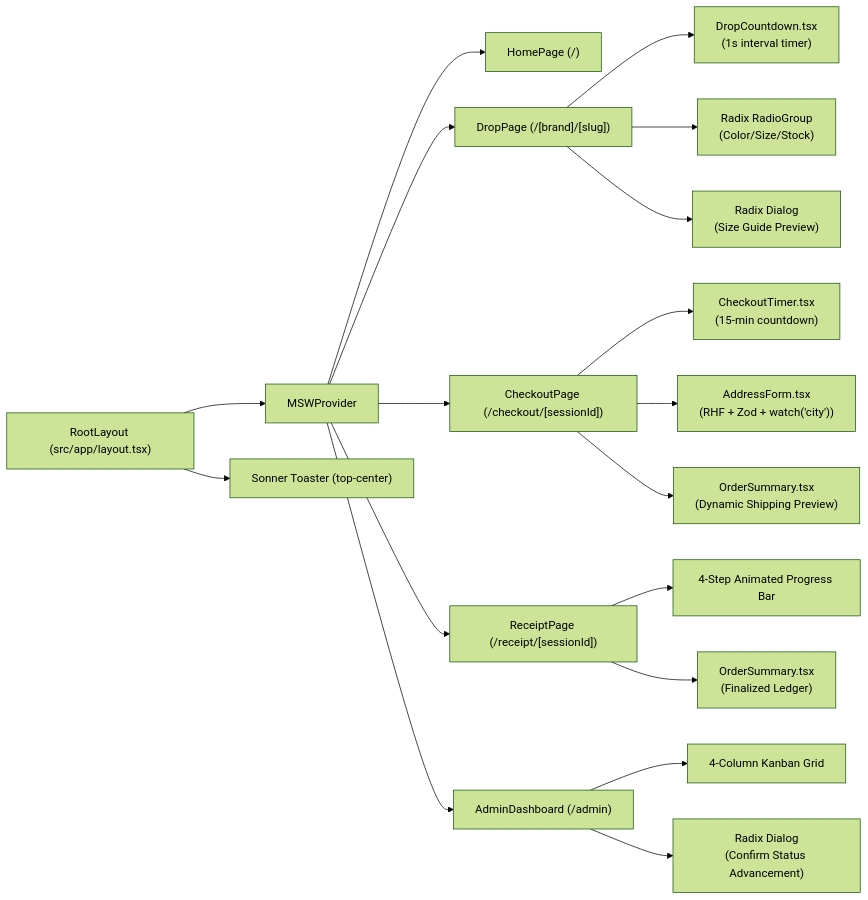
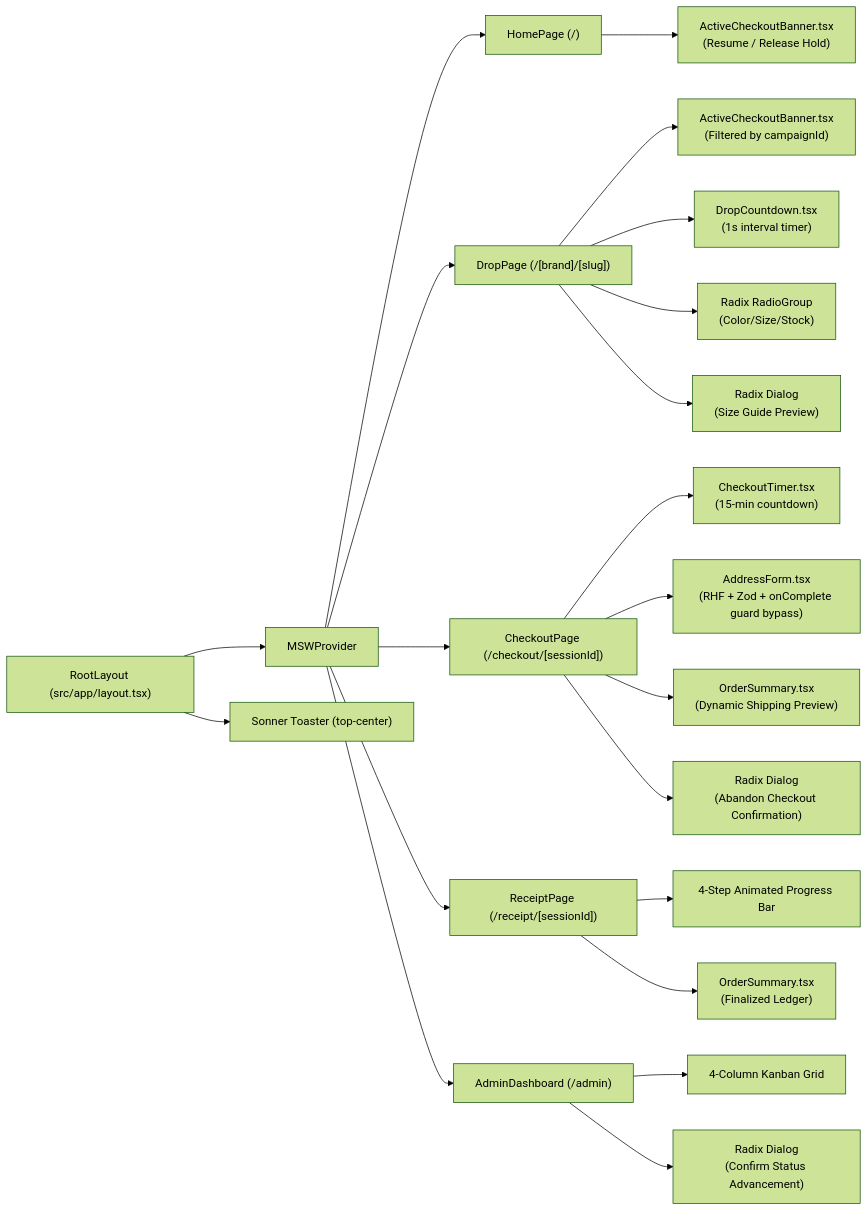
One commit to mickoSugianto/launchqueue changed the second of 10 diagrams in SYSTEM_DESIGN.md. Above: the diagram before and after it, drawn with Mermaid (forest theme). The commit also changed other lines of this file and 27 other files, not shown here.

First line of the commit message:
feat: add checkout abandonment flow, MSW recovery, and receipt cache sync

````diff
--- a/SYSTEM_DESIGN.md
+++ b/SYSTEM_DESIGN.md
@@ -95,25 +98,28 @@
 ```mermaid
 flowchart LR
     RootLayout["RootLayout (src/app/layout.tsx)"] --> MSWProvider["MSWProvider"]
     RootLayout --> Toaster["Sonner Toaster (top-center)"]
 
     MSWProvider --> HomePage["HomePage (/)"]
     MSWProvider --> DropPage["DropPage (/[brand]/[slug])"]
     MSWProvider --> CheckoutPage["CheckoutPage (/checkout/[sessionId])"]
     MSWProvider --> ReceiptPage["ReceiptPage (/receipt/[sessionId])"]
     MSWProvider --> AdminDashboard["AdminDashboard (/admin)"]
 
+    HomePage --> ActiveBanner1["ActiveCheckoutBanner.tsx<br/>(Resume / Release Hold)"]
+    DropPage --> ActiveBanner2["ActiveCheckoutBanner.tsx<br/>(Filtered by campaignId)"]
     DropPage --> DropCountdown["DropCountdown.tsx<br/>(1s interval timer)"]
     DropPage --> VariantRadio["Radix RadioGroup<br/>(Color/Size/Stock)"]
     DropPage --> SizeGuideModal["Radix Dialog<br/>(Size Guide Preview)"]
 
     CheckoutPage --> CheckoutTimer["CheckoutTimer.tsx<br/>(15-min countdown)"]
-    CheckoutPage --> AddressForm["AddressForm.tsx<br/>(RHF + Zod + watch('city'))"]
+    CheckoutPage --> AddressForm["AddressForm.tsx<br/>(RHF + Zod + onComplete guard bypass)"]
     CheckoutPage --> OrderSummary1["OrderSummary.tsx<br/>(Dynamic Shipping Preview)"]
+    CheckoutPage --> AbandonDialog["Radix Dialog<br/>(Abandon Checkout Confirmation)"]
 
     ReceiptPage --> Timeline["4-Step Animated Progress Bar"]
     ReceiptPage --> OrderSummary2["OrderSummary.tsx<br/>(Finalized Ledger)"]
 
     AdminDashboard --> KanbanGrid["4-Column Kanban Grid"]
     AdminDashboard --> ConfirmDialog["Radix Dialog<br/>(Confirm Status Advancement)"]
 ```
````
